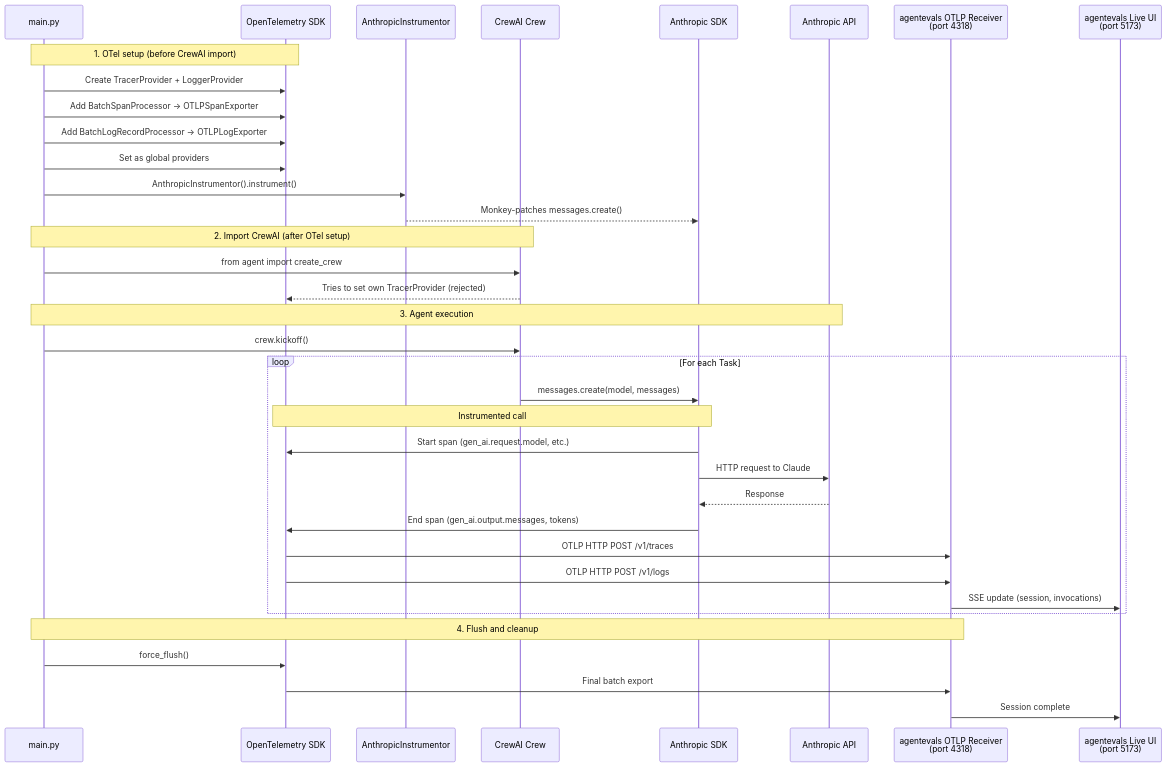
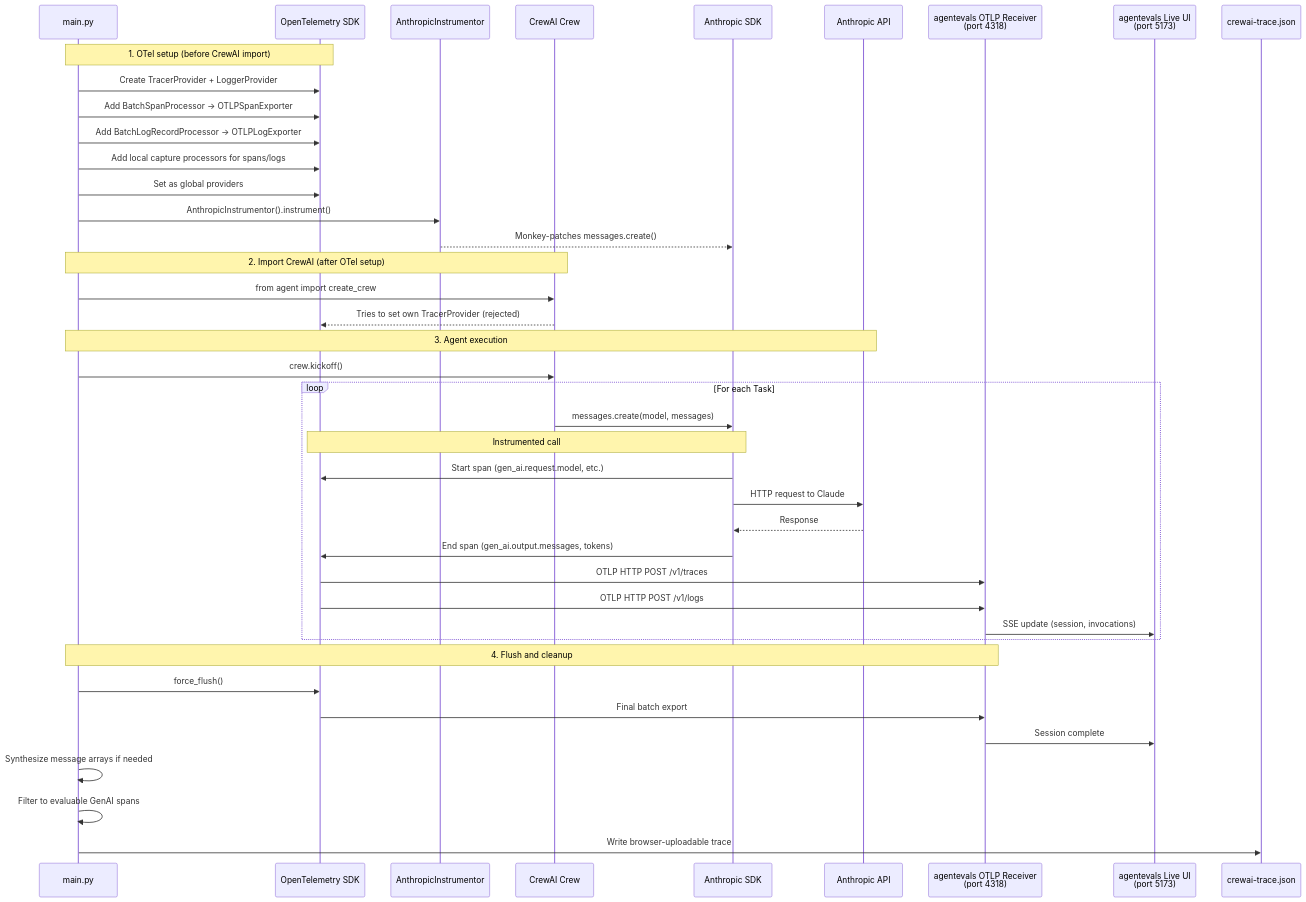
Before and after one commit to AdminTurnedDevOps/agentic-demo-repo: the diagram in agentevals/live-session/setup.md, drawn with Mermaid. The commit also changed other lines of this file and 1 other file, not shown here.

````diff
--- a/agentevals/live-session/setup.md
+++ b/agentevals/live-session/setup.md
@@ -43,42 +90,47 @@
 ```mermaid
 sequenceDiagram
     participant main as main.py
     participant otel as OpenTelemetry SDK
     participant inst as AnthropicInstrumentor
     participant crew as CrewAI Crew
     participant anth as Anthropic SDK
     participant api as Anthropic API
     participant recv as agentevals OTLP Receiver<br/>(port 4318)
     participant ui as agentevals Live UI<br/>(port 5173)
+    participant file as crewai-trace.json
 
     Note over main,otel: 1. OTel setup (before CrewAI import)
     main->>otel: Create TracerProvider + LoggerProvider
     main->>otel: Add BatchSpanProcessor → OTLPSpanExporter
     main->>otel: Add BatchLogRecordProcessor → OTLPLogExporter
+    main->>otel: Add local capture processors for spans/logs
     main->>otel: Set as global providers
     main->>inst: AnthropicInstrumentor().instrument()
     inst-->>anth: Monkey-patches messages.create()
 
     Note over main,crew: 2. Import CrewAI (after OTel setup)
     main->>crew: from agent import create_crew
     crew-->>otel: Tries to set own TracerProvider (rejected)
 
     Note over main,api: 3. Agent execution
     main->>crew: crew.kickoff()
     loop For each Task
         crew->>anth: messages.create(model, messages)
         Note over anth,otel: Instrumented call
         anth->>otel: Start span (gen_ai.request.model, etc.)
         anth->>api: HTTP request to Claude
         api-->>anth: Response
         anth->>otel: End span (gen_ai.output.messages, tokens)
         otel->>recv: OTLP HTTP POST /v1/traces
         otel->>recv: OTLP HTTP POST /v1/logs
         recv->>ui: SSE update (session, invocations)
     end
 
     Note over main,recv: 4. Flush and cleanup
     main->>otel: force_flush()
     otel->>recv: Final batch export
     recv->>ui: Session complete
+    main->>main: Synthesize message arrays if needed
+    main->>main: Filter to evaluable GenAI spans
+    main->>file: Write browser-uploadable trace
 ```
````
